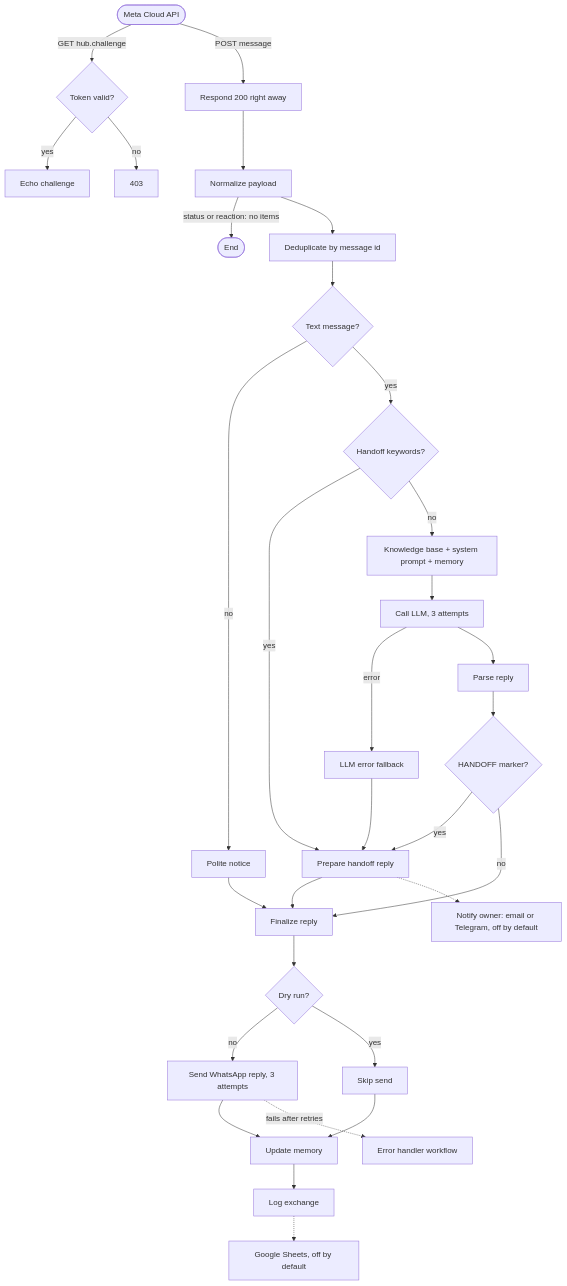
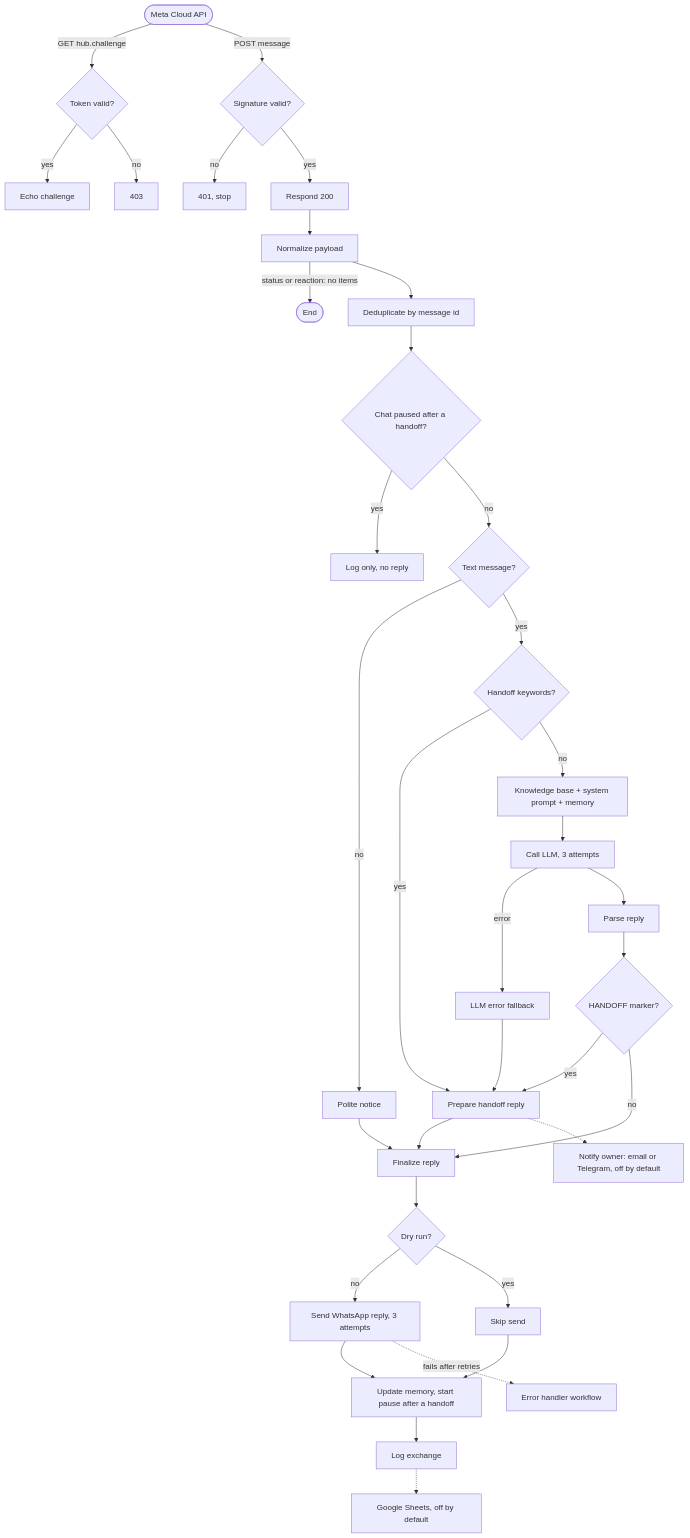
Before and after one commit to Srproxo/whatsapp-n8n-llm-starter: the diagram in README.md, drawn with Mermaid. The commit also changed other lines of this file and 1 other file, not shown here.

````diff
--- a/README.md
+++ b/README.md
@@ -30,33 +42,37 @@
 ```mermaid
 flowchart TD
   M([Meta Cloud API]) -->|GET hub.challenge| V{Token valid?}
   V -->|yes| C[Echo challenge]
   V -->|no| F[403]
-  M -->|POST message| R[Respond 200 right away]
+  M -->|POST message| SIG{Signature valid?}
+  SIG -->|no| X[401, stop]
+  SIG -->|yes| R[Respond 200]
   R --> N[Normalize payload]
   N -->|status or reaction: no items| STOP([End])
   N --> D[Deduplicate by message id]
-  D --> T{Text message?}
+  D --> P{Chat paused after a handoff?}
+  P -->|yes| PL[Log only, no reply]
+  P -->|no| T{Text message?}
   T -->|no| U[Polite notice]
   T -->|yes| K{Handoff keywords?}
   K -->|yes| H[Prepare handoff reply]
   K -->|no| KB[Knowledge base + system prompt + memory]
   KB --> L[Call LLM, 3 attempts]
   L -->|error| EF[LLM error fallback]
   EF --> H
-  L --> P[Parse reply]
-  P --> HM{HANDOFF marker?}
+  L --> PR[Parse reply]
+  PR --> HM{HANDOFF marker?}
   HM -->|yes| H
   HM -->|no| FIN[Finalize reply]
   U --> FIN
   H --> FIN
   H -.-> NO[Notify owner: email or Telegram, off by default]
   FIN --> DR{Dry run?}
   DR -->|no| S[Send WhatsApp reply, 3 attempts]
   DR -->|yes| SK[Skip send]
-  S --> MEM[Update memory]
+  S --> MEM[Update memory, start pause after a handoff]
   SK --> MEM
   MEM --> LOG[Log exchange]
   LOG -.-> GS[Google Sheets, off by default]
   S -.->|fails after retries| ERR[Error handler workflow]
 ```
````
